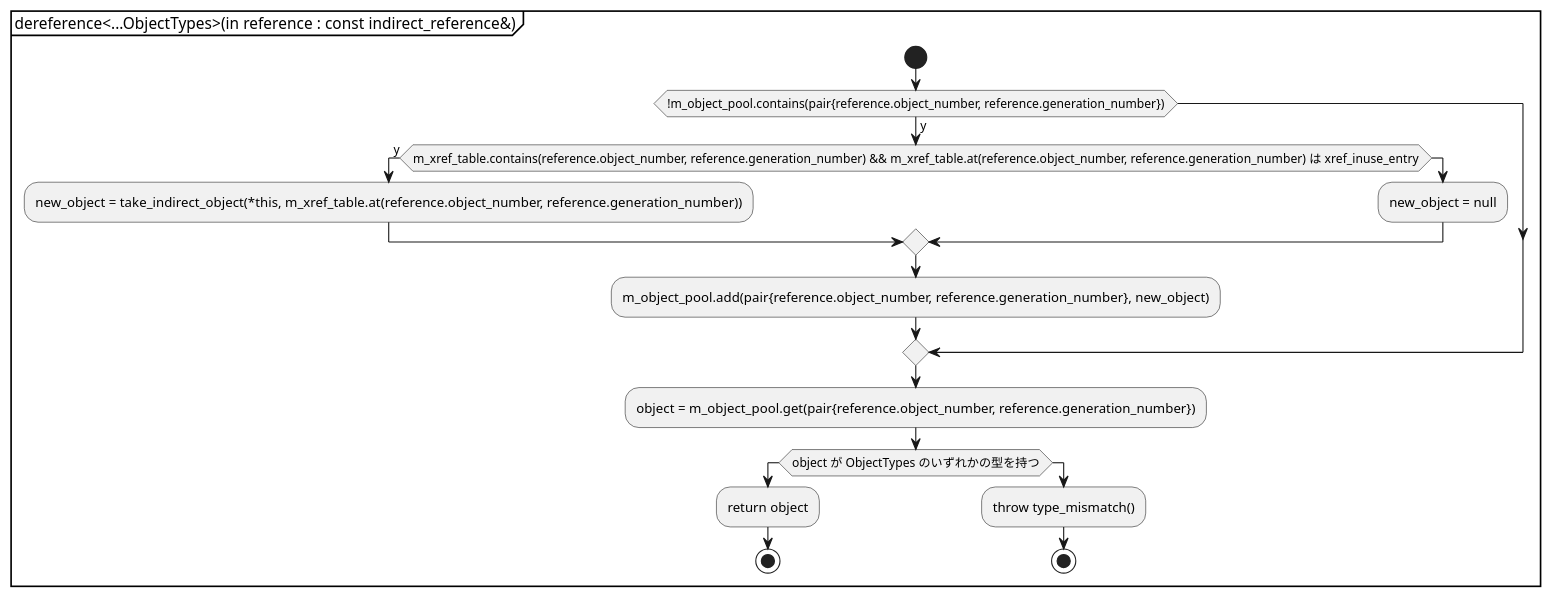
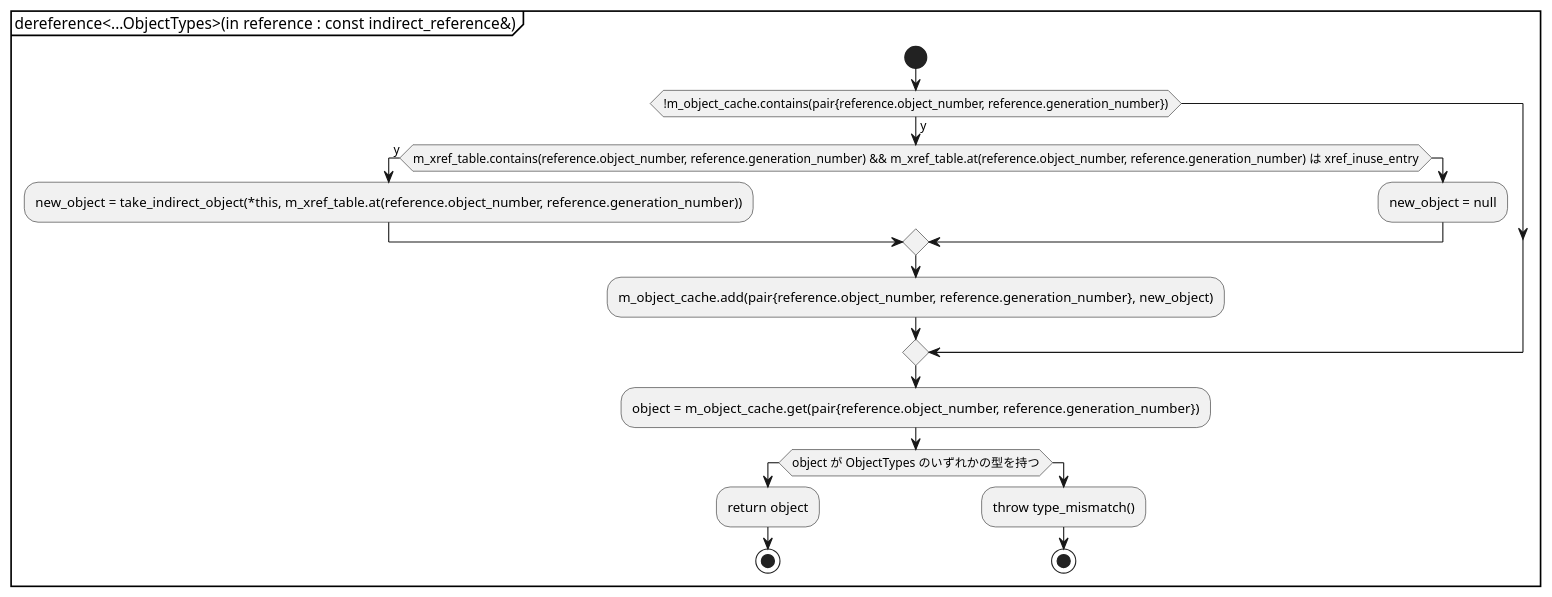
Before and after one commit to KodaiYM/PDFReader: diagram 20 of 20 in document/document_reader/ipdfstream/ipdfstream.activity.pu, drawn with PlantUML. The commit also changed 23 other files, not shown here.

Commit message:
rename object_pool -> object_cache

```diff
--- a/document/document_reader/ipdfstream/ipdfstream.activity.pu
+++ b/document/document_reader/ipdfstream/ipdfstream.activity.pu
@@ -547,24 +547,24 @@
 @startuml dereference of reference
 partition "dereference<...ObjectTypes>(in reference : const indirect_reference&)" {
 start
-	if (!m_object_pool.contains(pair{reference.object_number, reference.generation_number})) then (y)
+	if (!m_object_cache.contains(pair{reference.object_number, reference.generation_number})) then (y)
 		if (m_xref_table.contains(reference.object_number, reference.generation_number) && m_xref_table.at(reference.object_number, reference.generation_number) は xref_inuse_entry) then (y)
 			:new_object = take_indirect_object(*this, m_xref_table.at(reference.object_number, reference.generation_number));
 		else
 			:new_object = null;
 		endif
 
-		:m_object_pool.add(pair{reference.object_number, reference.generation_number}, new_object);
+		:m_object_cache.add(pair{reference.object_number, reference.generation_number}, new_object);
 	endif
 
-	:object = m_object_pool.get(pair{reference.object_number, reference.generation_number});
+	:object = m_object_cache.get(pair{reference.object_number, reference.generation_number});
 	if (object が ObjectTypes のいずれかの型を持つ)
 		:return object;
 		stop
 	else
 		:throw type_mismatch();
 		stop
 	endif
 'stop
 }
 @enduml
```
